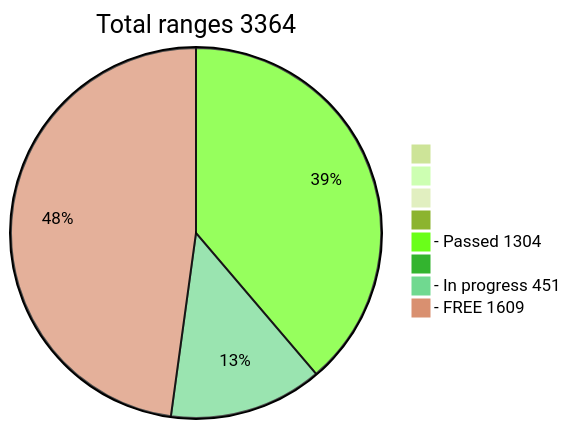
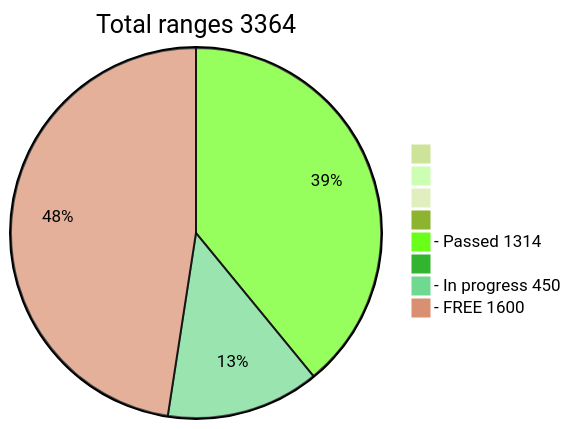
The diagram in README.md (phrutis/wif500), drawn with Mermaid (forest theme) before and after one commit.

````diff
--- a/README.md
+++ b/README.md
@@ -16,12 +16,12 @@
 ```mermaid
 pie title Total ranges 3364
              " " : 0
             "  " : 0
            "   " : 0
           "    " : 0
-  "- Passed 1304" : 1304
+  "- Passed 1314" : 1314
          "     " : 0
-  "- In progress 451" : 451
-   "- FREE 1609" : 1609
+  "- In progress 450" : 450
+   "- FREE 1600" : 1600
    
 ```
````
